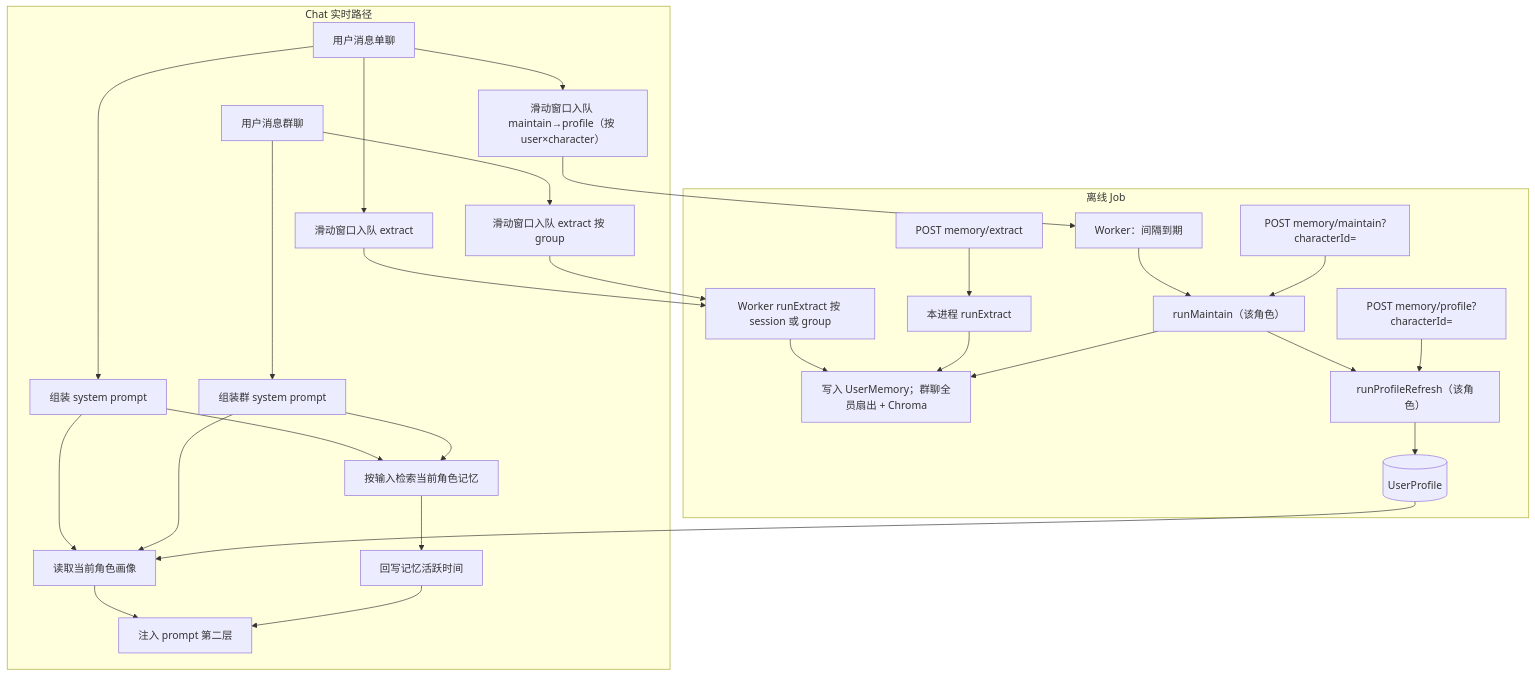
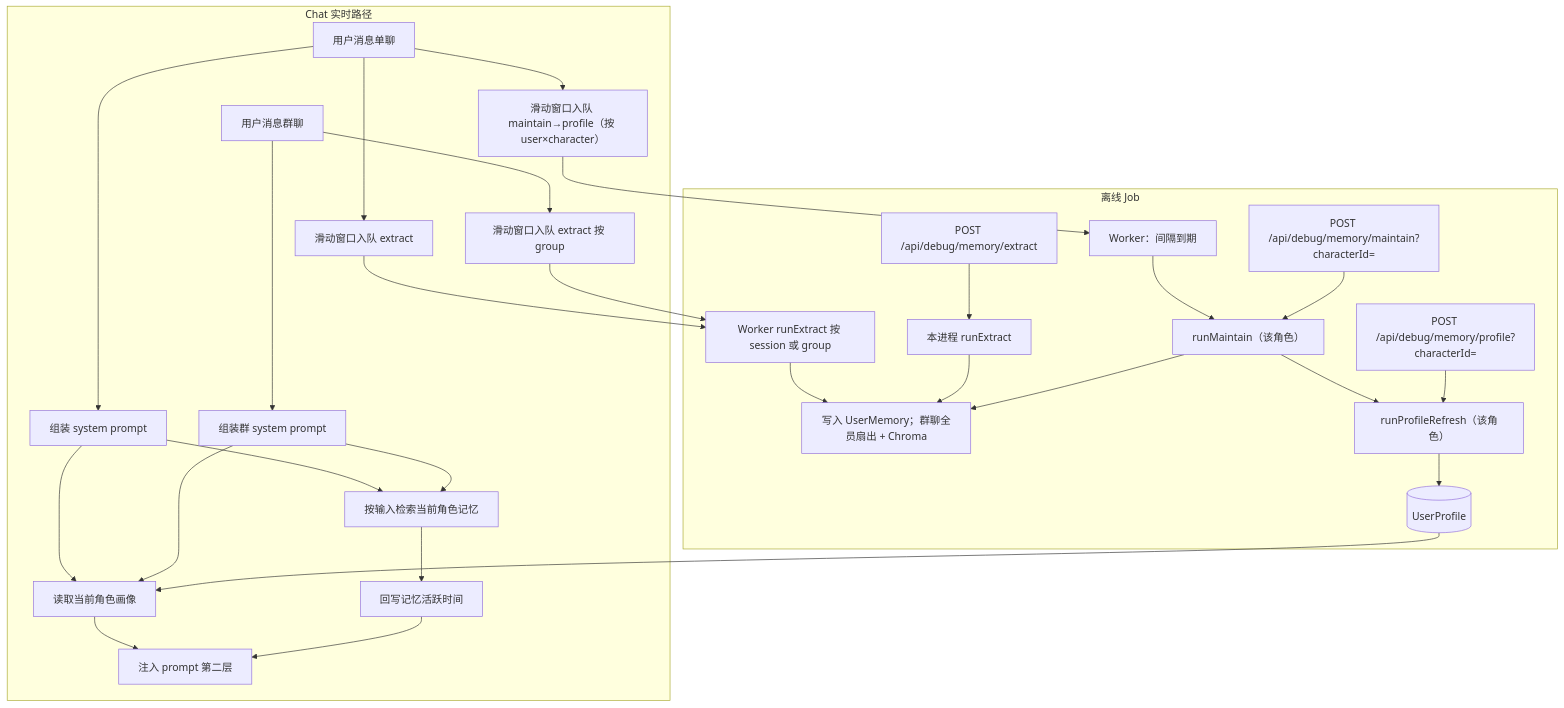
The diagram in docs/memory/pipeline.md (lilialab/lilia), drawn with Mermaid before and after one commit. The commit also changed 25 other files, not shown here.

````diff
--- a/docs/memory/pipeline.md
+++ b/docs/memory/pipeline.md
@@ -9,33 +9,33 @@
 ```mermaid
 flowchart TB
   subgraph chat [Chat 实时路径]
     UserMsg[用户消息单聊] --> AssemblePrompt[组装 system prompt]
     UserMsg --> ScheduleExtract[滑动窗口入队 extract]
     UserMsg --> ScheduleMaintain["滑动窗口入队 maintain→profile（按 user×character）"]
     GroupMsg[用户消息群聊] --> AssembleGroupPrompt[组装群 system prompt]
     GroupMsg --> ScheduleGroupExtract[滑动窗口入队 extract 按 group]
     AssemblePrompt --> LoadProfile[读取当前角色画像]
     AssemblePrompt --> RagRecall[按输入检索当前角色记忆]
     AssembleGroupPrompt --> LoadProfile
     AssembleGroupPrompt --> RagRecall
     LoadProfile --> InjectPrompt[注入 prompt 第二层]
     RagRecall --> TouchActive[回写记忆活跃时间]
     TouchActive --> InjectPrompt
   end
 
   subgraph jobs [离线 Job]
     ScheduleExtract --> WorkerExtract["Worker runExtract 按 session 或 group"]
     ScheduleGroupExtract --> WorkerExtract
-    ManualExtract["POST memory/extract"] --> RunExtract["本进程 runExtract"]
+    ManualExtract["POST /api/debug/memory/extract"] --> RunExtract["本进程 runExtract"]
     WorkerExtract --> WriteMemory["写入 UserMemory；群聊全员扇出 + Chroma"]
     RunExtract --> WriteMemory
     ScheduleMaintain --> WorkerMaintain["Worker：间隔到期"]
     WorkerMaintain --> RunMaintain["runMaintain（该角色）"]
     RunMaintain --> RunProfile["runProfileRefresh（该角色）"]
-    ManualMaintain["POST memory/maintain?characterId="] --> RunMaintain
-    ManualProfile["POST memory/profile?characterId="] --> RunProfile
+    ManualMaintain["POST /api/debug/memory/maintain?characterId="] --> RunMaintain
+    ManualProfile["POST /api/debug/memory/profile?characterId="] --> RunProfile
     RunMaintain --> WriteMemory
     RunProfile --> UserProfile[(UserProfile)]
     UserProfile --> LoadProfile
   end
 ```
````
